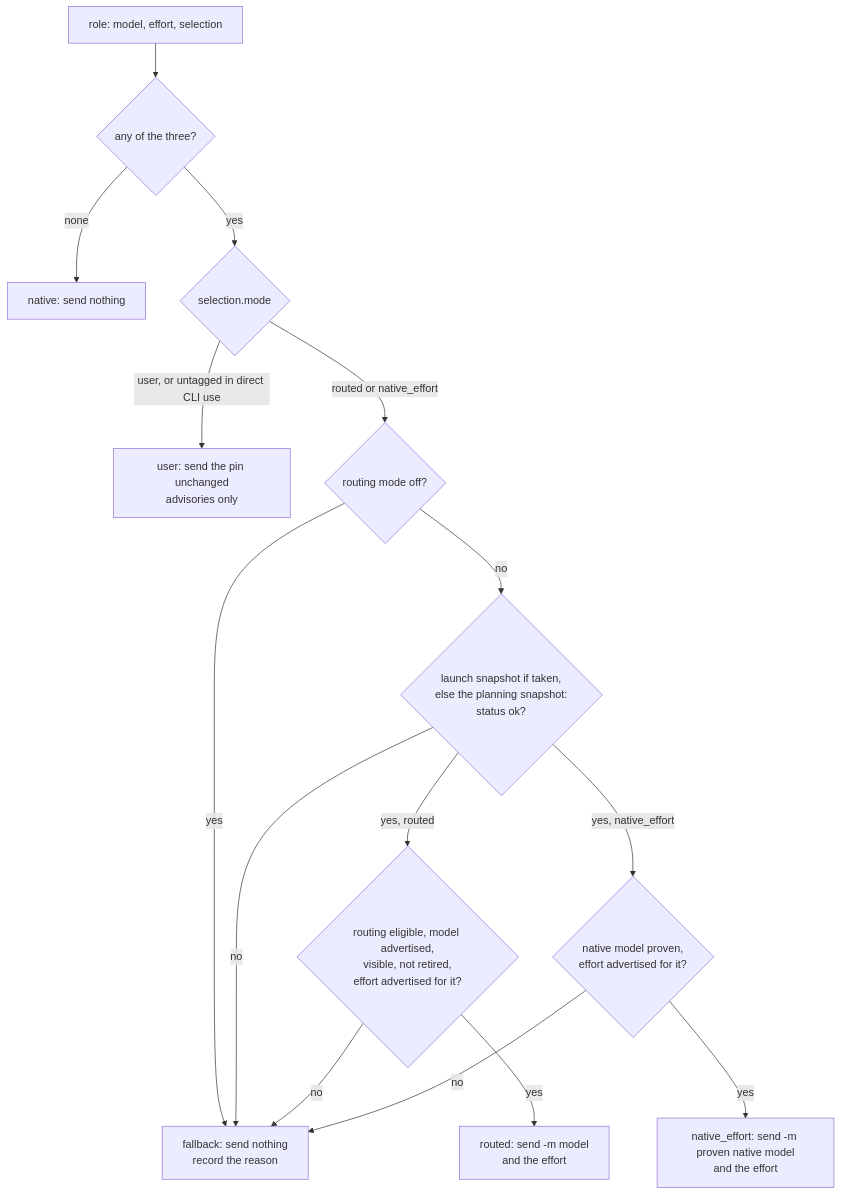
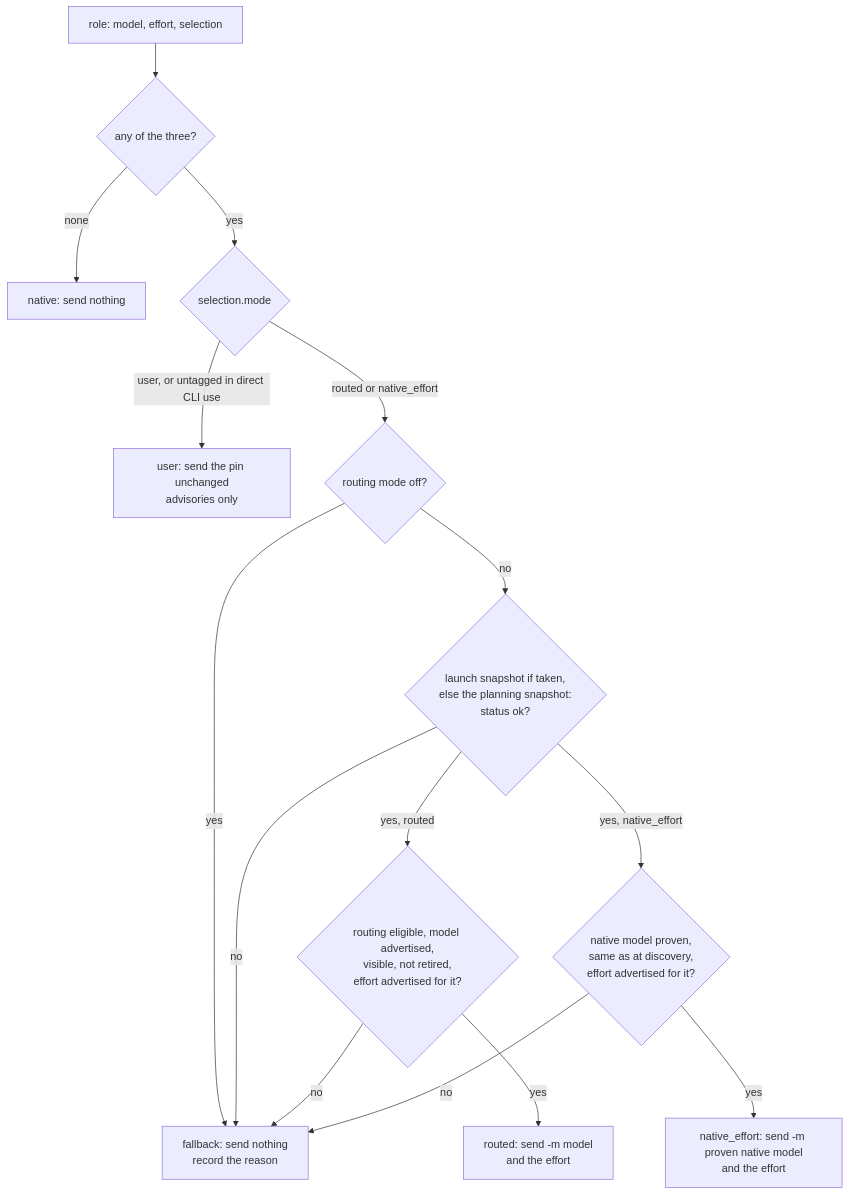
The third of 5 diagrams in DESIGN.md (ehzawad/codex-council), drawn with Mermaid before and after one commit. The commit also changed other lines of this file and 18 other files, not shown here.

````diff
--- a/DESIGN.md
+++ b/DESIGN.md
@@ -658,17 +752,17 @@
 ```mermaid
 flowchart TD
     Role["role: model, effort, selection"] --> Any{"any of the three?"}
     Any -->|"none"| Native["native: send nothing"]
     Any -->|"yes"| Mode{"selection.mode"}
     Mode -->|"user, or untagged in direct CLI use"| User["user: send the pin unchanged<br/>advisories only"]
     Mode -->|"routed or native_effort"| Off{"routing mode off?"}
     Off -->|"yes"| Fallback["fallback: send nothing<br/>record the reason"]
     Off -->|"no"| Evidence{"launch snapshot if taken,<br/>else the planning snapshot:<br/>status ok?"}
     Evidence -->|"no"| Fallback
     Evidence -->|"yes, routed"| Pair{"routing eligible, model advertised,<br/>visible, not retired,<br/>effort advertised for it?"}
-    Evidence -->|"yes, native_effort"| NativeProof{"native model proven,<br/>effort advertised for it?"}
+    Evidence -->|"yes, native_effort"| NativeProof{"native model proven,<br/>same as at discovery,<br/>effort advertised for it?"}
     Pair -->|"yes"| Routed["routed: send -m model<br/>and the effort"]
     Pair -->|"no"| Fallback
     NativeProof -->|"yes"| NativeEffort["native_effort: send -m proven native model<br/>and the effort"]
     NativeProof -->|"no"| Fallback
 ```
````
